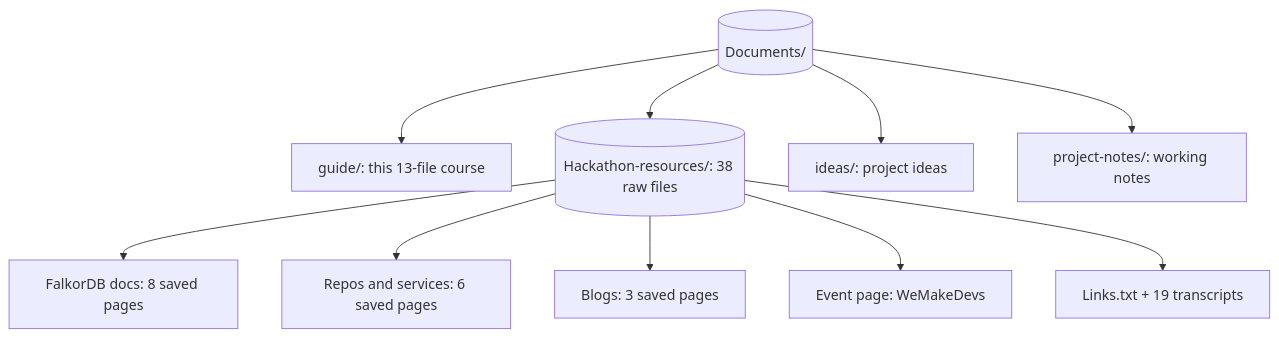
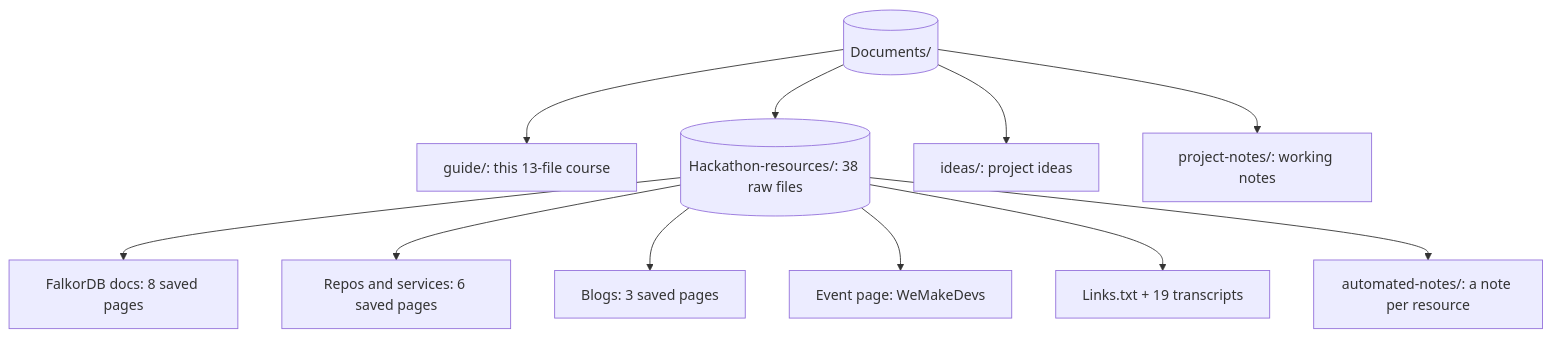
Before and after one commit to kintsugi-programmer/cto-ai: the diagram in Documents/guide/12-resources-map.md, drawn with Mermaid. The commit also changed other lines of this file and 41 other files, not shown here.

First line of the commit message:
Add processed notes for every hackathon resource

````diff
--- a/Documents/guide/12-resources-map.md
+++ b/Documents/guide/12-resources-map.md
@@ -13,12 +14,13 @@
 ```mermaid
 graph TD
     R[("Documents/")] --> GR["guide/: this 13-file course"]
     R --> HR[("Hackathon-resources/: 38 raw files")]
     R --> ID["ideas/: project ideas"]
     R --> PN["project-notes/: working notes"]
     HR --> DOC["FalkorDB docs: 8 saved pages"]
     HR --> REP["Repos and services: 6 saved pages"]
     HR --> B["Blogs: 3 saved pages"]
     HR --> EV["Event page: WeMakeDevs"]
     HR --> TX["Links.txt + 19 transcripts"]
+    HR --> AN["automated-notes/: a note per resource"]
 ```
````
